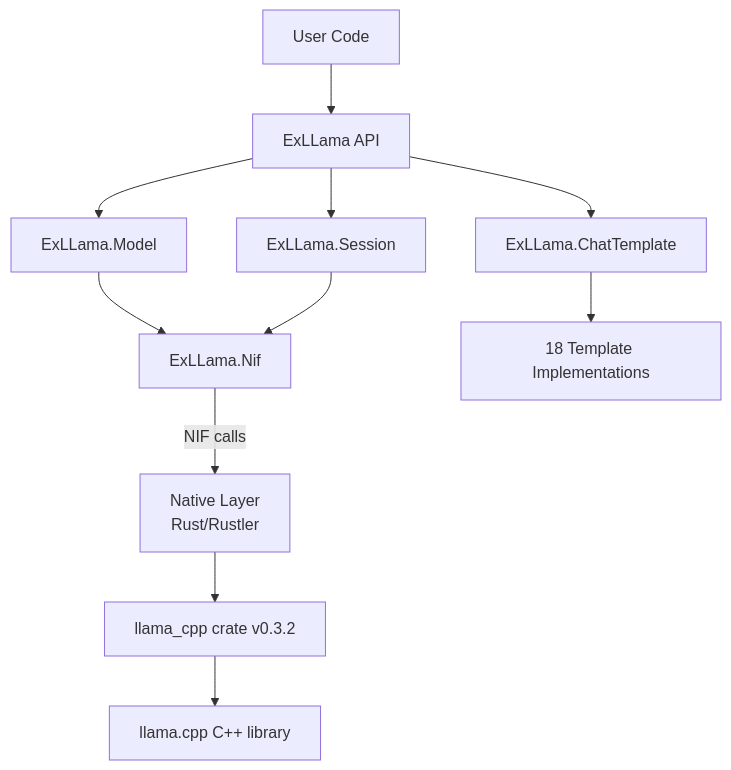
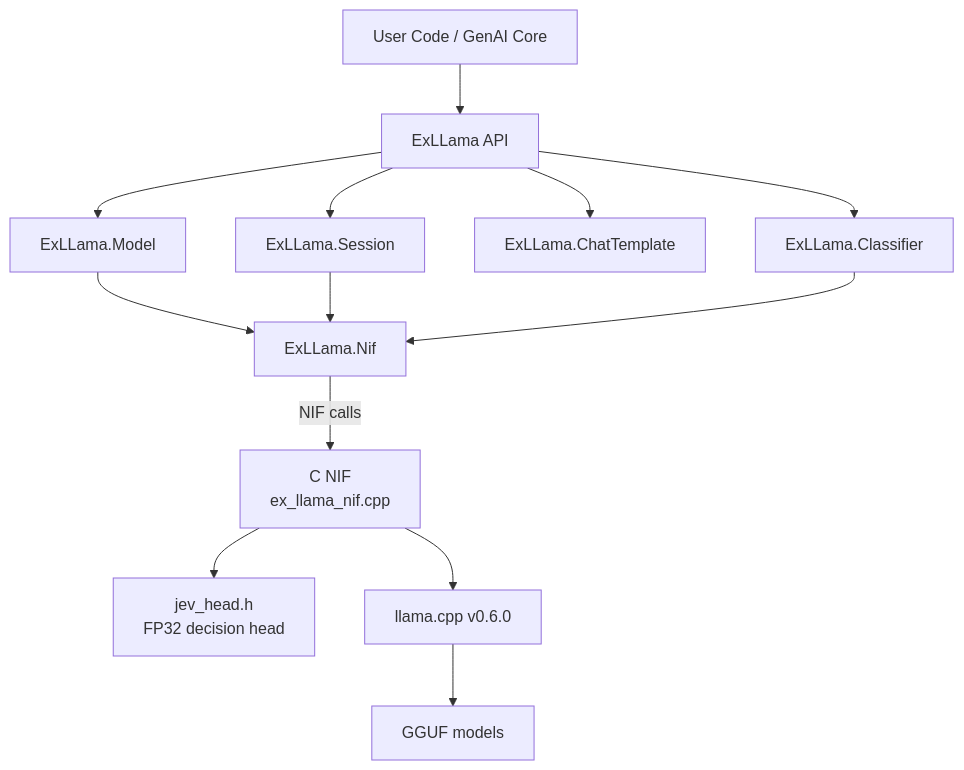
Before and after one commit to noizu-labs-ml/ex_llama: the diagram in docs/PROJ-ARCH.md, drawn with Mermaid. The commit also changed other lines of this file and 13 other files, not shown here.

First line of the commit message:
docs: doc-sweep 2026-10-26 (layout/arch/schema/threat-model)

````diff
--- a/docs/PROJ-ARCH.md
+++ b/docs/PROJ-ARCH.md
@@ -9,13 +19,15 @@
 ```mermaid
 graph TB
-    A[User Code] --> B[ExLLama API]
+    A[User Code / GenAI Core] --> B[ExLLama API]
     B --> C[ExLLama.Model]
     B --> D[ExLLama.Session]
     B --> E[ExLLama.ChatTemplate]
+    B --> K[ExLLama.Classifier]
     C --> F[ExLLama.Nif]
     D --> F
-    F -->|NIF calls| G[Native Layer<br/>Rust/Rustler]
-    G --> H[llama_cpp crate v0.3.2]
-    H --> I[llama.cpp C++ library]
-    E --> J[18 Template Implementations]
+    K --> F
+    F -->|NIF calls| G[C NIF<br/>ex_llama_nif.cpp]
+    G --> H[jev_head.h<br/>FP32 decision head]
+    G --> I[llama.cpp v0.6.0]
+    I --> J[GGUF models]
 ```
````
